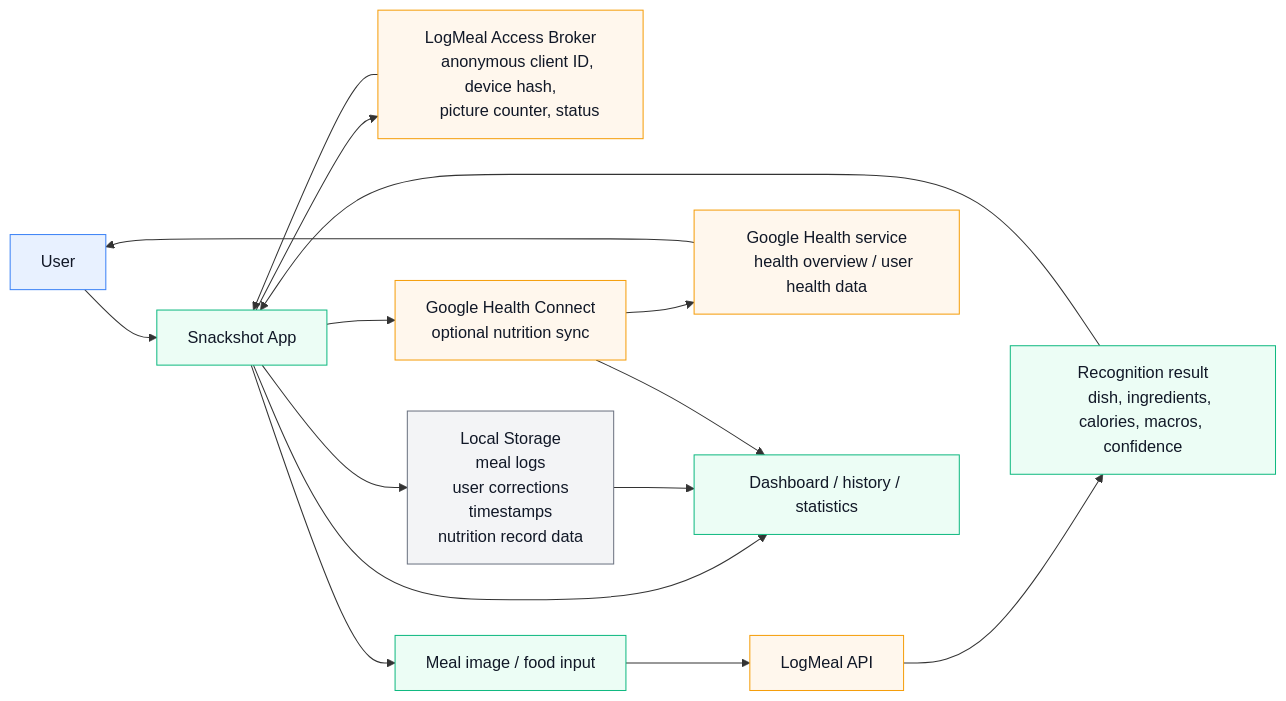
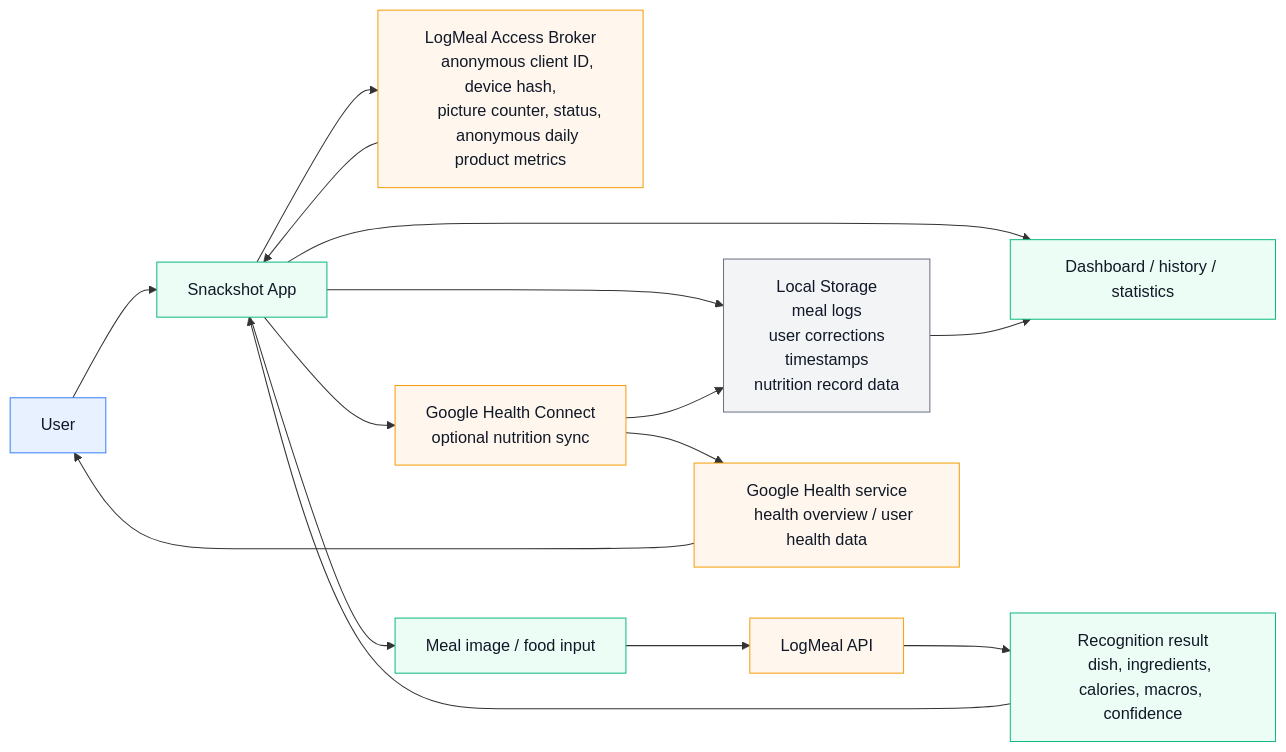
The diagram in docs/Architecture/08_data-flow-diagram.md (sergeybelyuga-ops/snackshot), drawn with Mermaid before and after one commit. The commit also changed other lines of this file and 28 other files, not shown here.

````diff
--- a/docs/Architecture/08_data-flow-diagram.md
+++ b/docs/Architecture/08_data-flow-diagram.md
@@ -18,42 +18,43 @@
 ```mermaid
 flowchart LR
     U[User] --> APP[Snackshot App]
 
     APP --> BR[LogMeal Access Broker
     anonymous client ID, device hash,
-    picture counter, status]
+    picture counter, status,
+    anonymous daily product metrics]
     BR --> APP
 
     APP --> IMG[Meal image / food input]
     IMG --> LM[LogMeal API]
     LM --> RES[Recognition result
     dish, ingredients, calories, macros, confidence]
     RES --> APP
 
     APP --> LOCAL[Local Storage
     meal logs
     user corrections
     timestamps
     nutrition record data]
 
     APP --> GHC[Google Health Connect
     optional nutrition sync]
 
     GHC --> H[Google Health service
     health overview / user health data]
     H --> U
 
     APP --> UI[Dashboard / history / statistics]
     LOCAL --> UI
-    GHC --> UI
+    GHC --> LOCAL
 
     classDef user fill:#e8f1ff,stroke:#3b82f6,color:#111827;
     classDef app fill:#ecfdf5,stroke:#10b981,color:#111827;
     classDef store fill:#f3f4f6,stroke:#6b7280,color:#111827;
     classDef ext fill:#fff7ed,stroke:#f59e0b,color:#111827;
 
     class U user;
     class APP,IMG,RES,UI app;
     class LOCAL store;
     class LM,GHC,H,BR ext;
 ```
````
